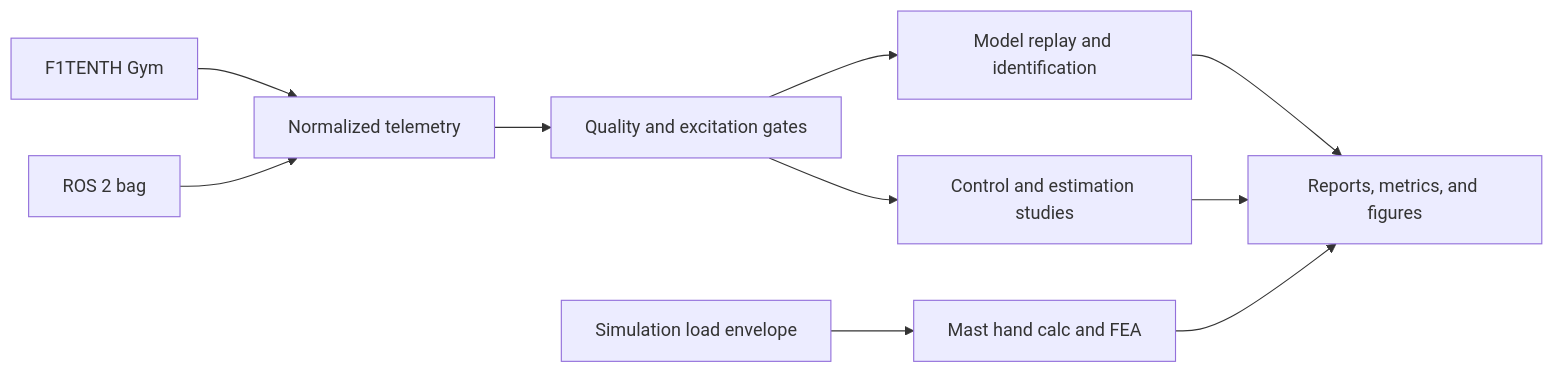
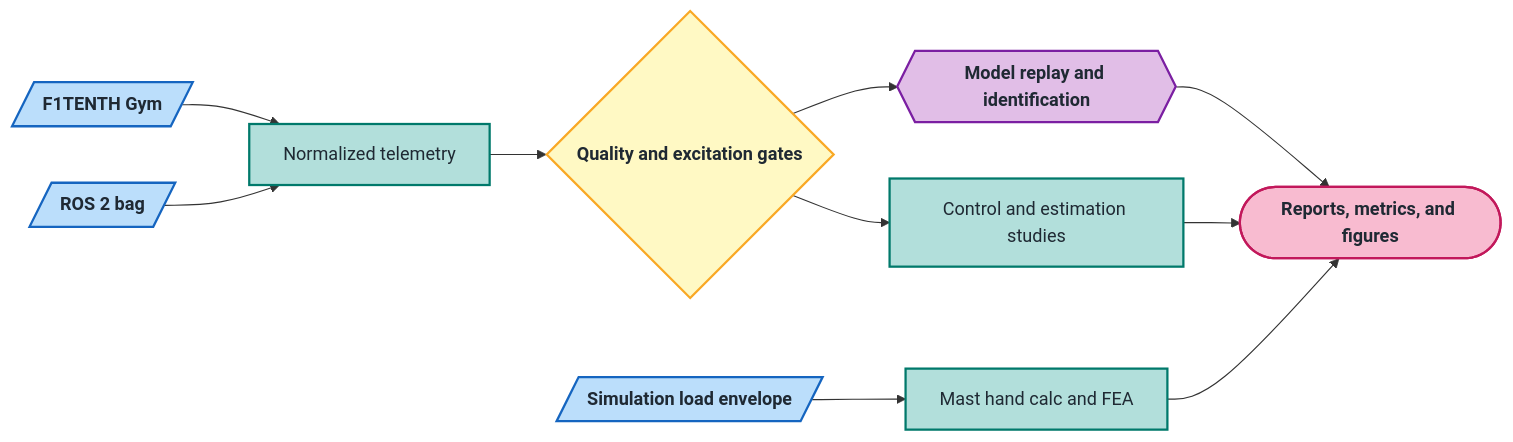
The diagram in README.md (500ft/RoboRacer), drawn with Mermaid before and after one commit. The commit also changed other lines of this file, not shown here.

Commit message:
docs: re-encode method diagram in the repo-standard visual language
Role-encoded mermaid (shape carries the role, color reinforces it):
parallelogram = input, rectangle = process, hexagon = core method,
diamond = gate, rounded = result, pill = endpoint. Same flow content.

````diff
--- a/README.md
+++ b/README.md
@@ -29,12 +29,18 @@
 ```mermaid
 flowchart LR
-    S[F1TENTH Gym] --> T[Normalized telemetry]
-    R[ROS 2 bag] --> T
-    T --> Q[Quality and excitation gates]
-    Q --> M[Model replay and identification]
-    Q --> C[Control and estimation studies]
-    M --> O[Reports, metrics, and figures]
+    classDef input    fill:#bbdefb,stroke:#1565c0,stroke-width:2px,color:#1f2933,font-weight:bold;
+    classDef process  fill:#b2dfdb,stroke:#00796b,stroke-width:2px,color:#1f2933;
+    classDef core     fill:#e1bee7,stroke:#7b1fa2,stroke-width:2px,color:#1f2933,font-weight:bold;
+    classDef decision fill:#fff9c4,stroke:#f9a825,stroke-width:2px,color:#1f2933,font-weight:bold;
+    classDef endpoint fill:#f8bbd0,stroke:#c2185b,stroke-width:2px,color:#1f2933,font-weight:bold;
+
+    S[/F1TENTH Gym/]:::input --> T[Normalized telemetry]:::process
+    R[/ROS 2 bag/]:::input --> T
+    T --> Q{Quality and excitation gates}:::decision
+    Q --> M{{Model replay and identification}}:::core
+    Q --> C[Control and estimation studies]:::process
+    M --> O([Reports, metrics, and figures]):::endpoint
     C --> O
-    L[Simulation load envelope] --> D[Mast hand calc and FEA]
+    L[/Simulation load envelope/]:::input --> D[Mast hand calc and FEA]:::process
     D --> O
 ```
````
